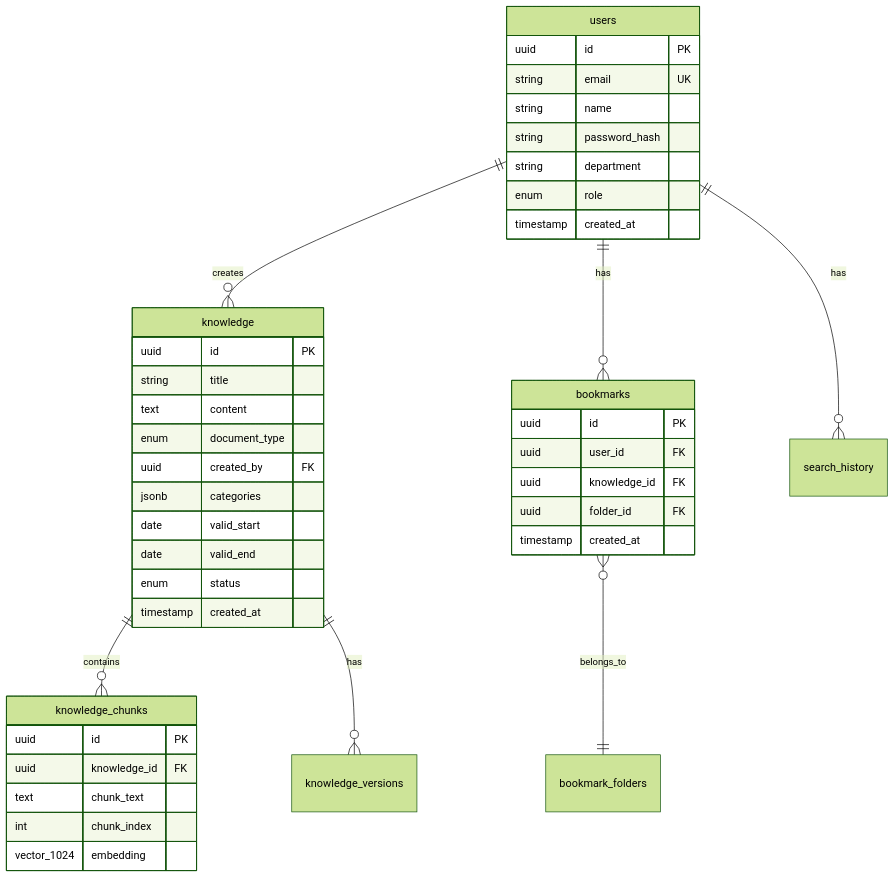
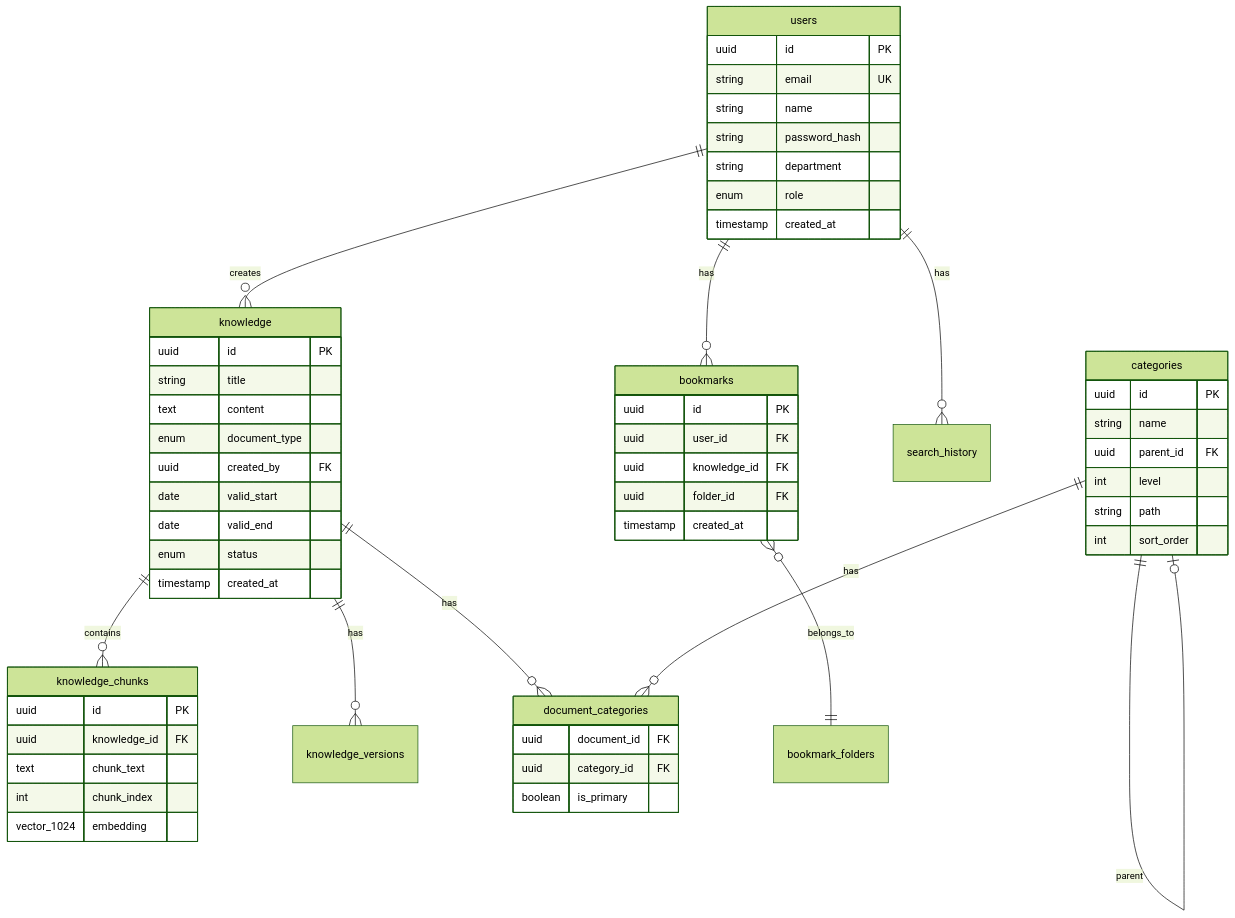
One commit to k82022603/hybrid-rag-knowledge-ops changed diagram 11 of 26 in knowledge_service/docs/02_design/integrated_detailed_design.md. Above: the diagram before and after it, drawn with Mermaid (forest theme). The commit also changed other lines of this file and 19 other files, not shown here.

````diff
--- a/knowledge_service/docs/02_design/integrated_detailed_design.md
+++ b/knowledge_service/docs/02_design/integrated_detailed_design.md
@@ -463,48 +466,65 @@
 ```mermaid
 erDiagram
     users ||--o{ knowledge : creates
     users ||--o{ bookmarks : has
     users ||--o{ search_history : has
     knowledge ||--o{ knowledge_chunks : contains
     knowledge ||--o{ knowledge_versions : has
+    knowledge ||--o{ document_categories : has
+    categories ||--o{ document_categories : has
+    categories ||--o| categories : parent
     bookmarks }o--|| bookmark_folders : belongs_to
 
     users {
         uuid id PK
         string email UK
         string name
         string password_hash
         string department
         enum role
         timestamp created_at
     }
 
     knowledge {
         uuid id PK
         string title
         text content
         enum document_type
         uuid created_by FK
-        jsonb categories
         date valid_start
         date valid_end
         enum status
         timestamp created_at
+    }
+
+    categories {
+        uuid id PK
+        string name
+        uuid parent_id FK
+        int level
+        string path
+        int sort_order
+    }
+
+    document_categories {
+        uuid document_id FK
+        uuid category_id FK
+        boolean is_primary
     }
 
     knowledge_chunks {
         uuid id PK
         uuid knowledge_id FK
         text chunk_text
         int chunk_index
         vector_1024 embedding
     }
 
     bookmarks {
         uuid id PK
         uuid user_id FK
         uuid knowledge_id FK
         uuid folder_id FK
         timestamp created_at
     }
 ```
````
